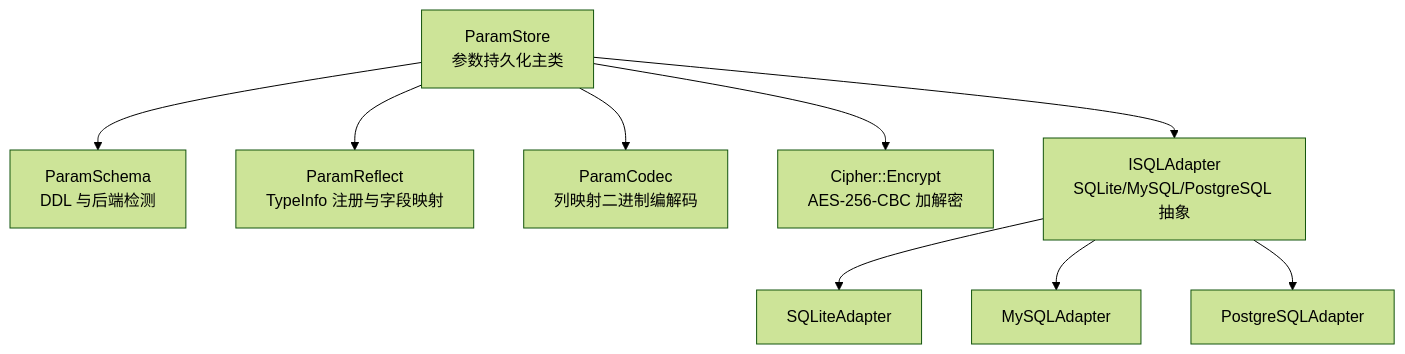
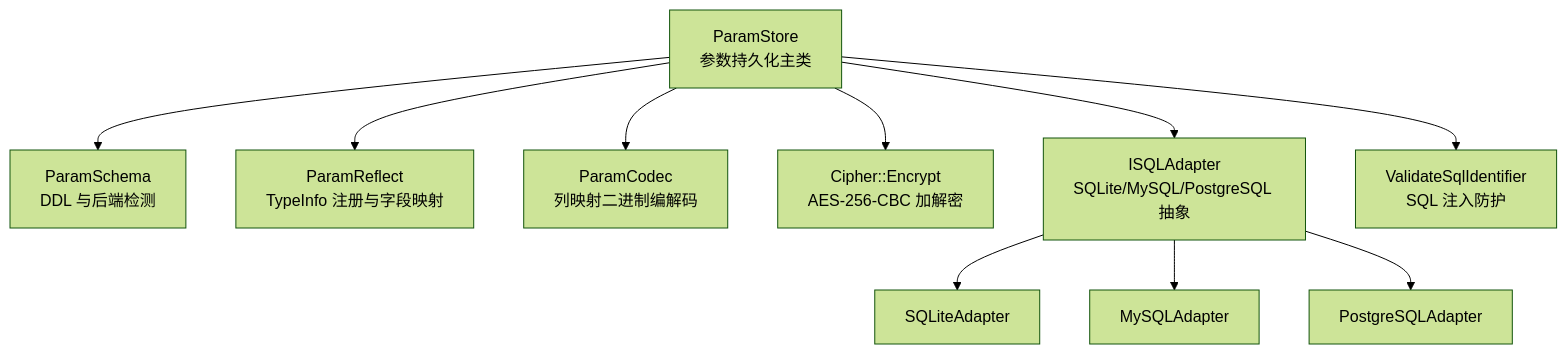
The first of 8 diagrams in .qoder/repowiki/zh/content/核心模块详解/文件操作模块 (File Operator)/参数存储系统 (ParamStore).md (hsmbanlance/HsBaSlicer), drawn with Mermaid (forest theme) before and after one commit. The commit also changed other lines of this file and 28 other files, not shown here.

````diff
--- a/.qoder/repowiki/zh/content/核心模块详解/文件操作模块 (File Operator)/参数存储系统 (ParamStore).md
+++ b/.qoder/repowiki/zh/content/核心模块详解/文件操作模块 (File Operator)/参数存储系统 (ParamStore).md
@@ -41,11 +51,12 @@
 ```mermaid
 graph TB
 PS["ParamStore<br/>参数持久化主类"] --> SCHEMA["ParamSchema<br/>DDL 与后端检测"]
 PS --> REFLECT["ParamReflect<br/>TypeInfo 注册与字段映射"]
 PS --> CODEC["ParamCodec<br/>列映射二进制编解码"]
 PS --> CIPHER["Cipher::Encrypt<br/>AES-256-CBC 加解密"]
 PS --> SQLA["ISQLAdapter<br/>SQLite/MySQL/PostgreSQL 抽象"]
+PS --> VALIDATE["ValidateSqlIdentifier<br/>SQL 注入防护"]
 SQLA --> SQLITE["SQLiteAdapter"]
 SQLA --> MYSQL["MySQLAdapter"]
 SQLA --> PGSQL["PostgreSQLAdapter"]
 ```
````
